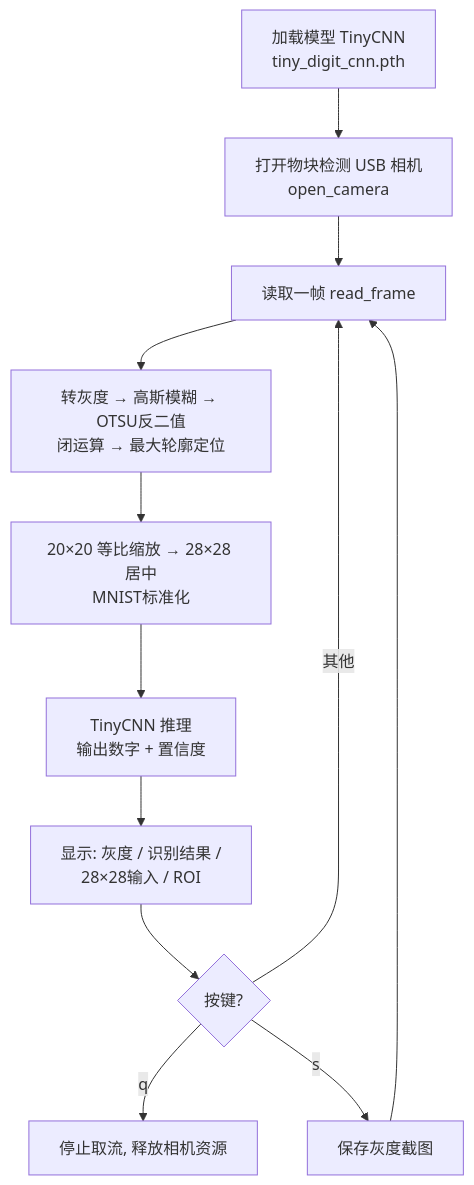
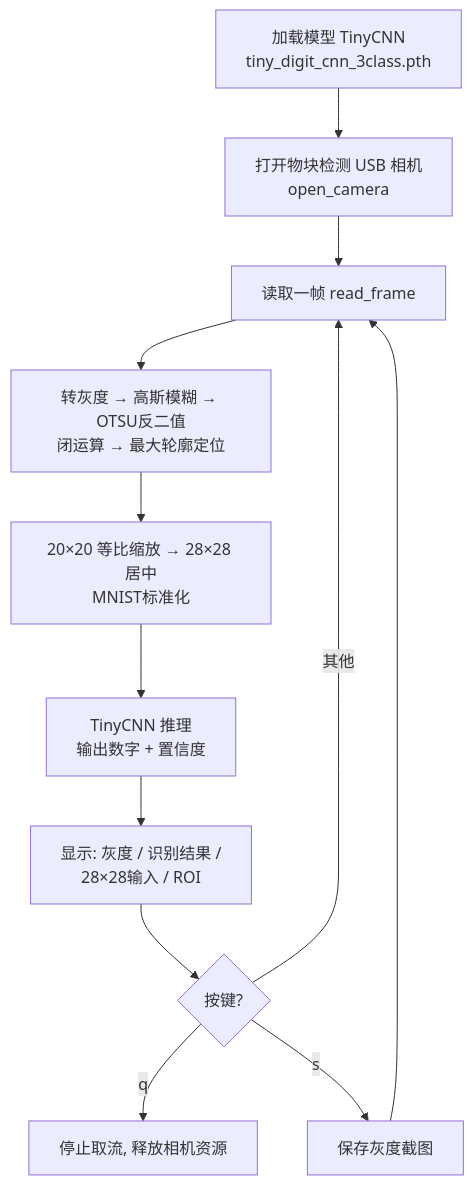
The second of 2 diagrams in README.md (MFWTW/Engineering-Training-Competition), drawn with Mermaid before and after one commit. The commit also changed other lines of this file and 13 other files, not shown here.

````diff
--- a/README.md
+++ b/README.md
@@ -484,13 +498,13 @@
 ```mermaid
 flowchart TD
-    A["加载模型 TinyCNN<br/>tiny_digit_cnn.pth"] --> B["打开物块检测 USB 相机<br/>open_camera"]
+    A["加载模型 TinyCNN<br/>tiny_digit_cnn_3class.pth"] --> B["打开物块检测 USB 相机<br/>open_camera"]
     B --> C["读取一帧 read_frame"]
     C --> D["转灰度 → 高斯模糊 → OTSU反二值<br/>闭运算 → 最大轮廓定位"]
     D --> E["20×20 等比缩放 → 28×28 居中<br/>MNIST标准化"]
     E --> F["TinyCNN 推理<br/>输出数字 + 置信度"]
     F --> G["显示: 灰度 / 识别结果 /<br/>28×28输入 / ROI"]
     G --> H{"按键?"}
     H -- "q" --> I["停止取流, 释放相机资源"]
     H -- "s" --> J["保存灰度截图"] --> C
     H -- "其他" --> C
 ```
````
